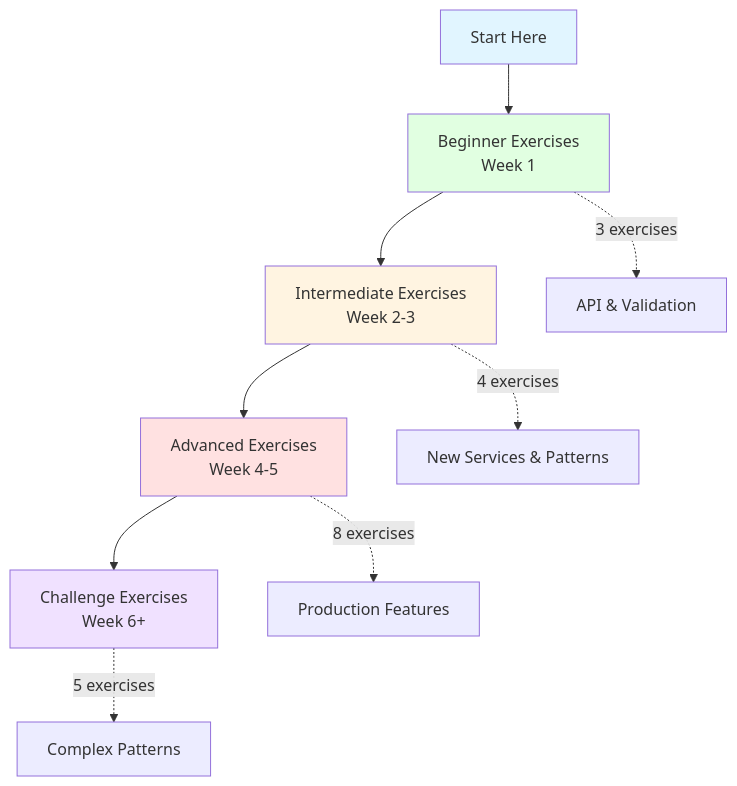
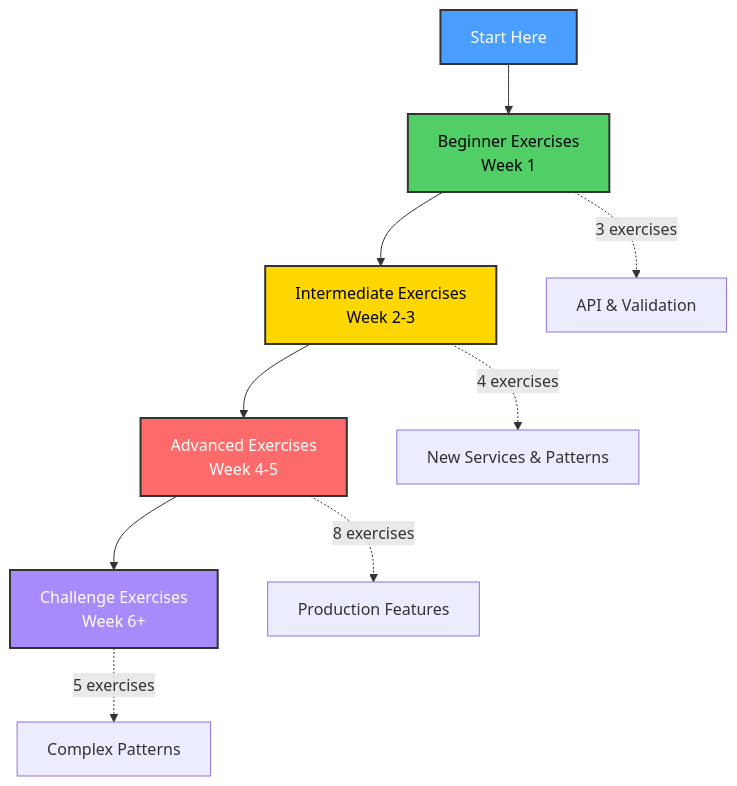
One commit to elewashy/Tanta-University changed the first of 5 diagrams in Level_3/Semester_1/Distributed_Systems/Project/System_Architecture_in_Distributed_Systems/docs/EXERCISES.md. Above: the diagram before and after it, drawn with Mermaid. The commit also changed other lines of this file and 4 other files, not shown here.

````diff
--- a/Level_3/Semester_1/Distributed_Systems/Project/System_Architecture_in_Distributed_Systems/docs/EXERCISES.md
+++ b/Level_3/Semester_1/Distributed_Systems/Project/System_Architecture_in_Distributed_Systems/docs/EXERCISES.md
@@ -5,18 +5,18 @@
 ```mermaid
 graph TB
     Start[Start Here] --> Beginner[Beginner Exercises<br/>Week 1]
     Beginner --> Intermediate[Intermediate Exercises<br/>Week 2-3]
     Intermediate --> Advanced[Advanced Exercises<br/>Week 4-5]
     Advanced --> Challenge[Challenge Exercises<br/>Week 6+]
     
     Beginner -.->|3 exercises| B1[API & Validation]
     Intermediate -.->|4 exercises| I1[New Services & Patterns]
     Advanced -.->|8 exercises| A1[Production Features]
     Challenge -.->|5 exercises| C1[Complex Patterns]
     
-    style Start fill:#e1f5ff
-    style Beginner fill:#e1ffe1
-    style Intermediate fill:#fff4e1
-    style Advanced fill:#ffe1e1
-    style Challenge fill:#f0e1ff
+    style Start fill:#4a9eff,stroke:#333,stroke-width:2px,color:#fff
+    style Beginner fill:#51cf66,stroke:#333,stroke-width:2px,color:#000
+    style Intermediate fill:#ffd700,stroke:#333,stroke-width:2px,color:#000
+    style Advanced fill:#ff6b6b,stroke:#333,stroke-width:2px,color:#fff
+    style Challenge fill:#a78bfa,stroke:#333,stroke-width:2px,color:#fff
 ```
````
